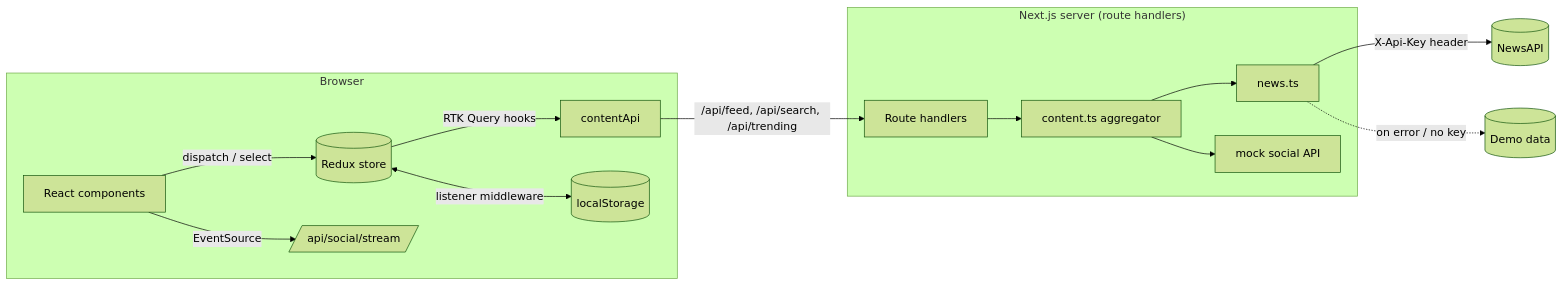
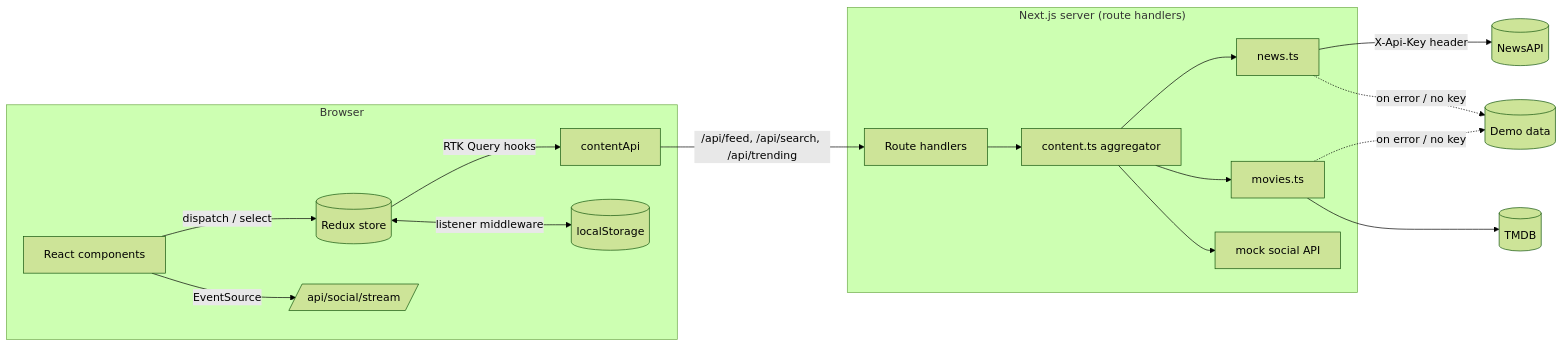
The diagram in README.md (VaibhavInAction/assiment), drawn with Mermaid (forest theme) before and after one commit. The commit also changed other lines of this file and 43 other files, not shown here.

````diff
--- a/README.md
+++ b/README.md
@@ -148,20 +149,23 @@
 ```mermaid
 flowchart LR
   subgraph Browser
     UI[React components] -->|dispatch / select| Store[(Redux store)]
     Store -->|RTK Query hooks| RTKQ[contentApi]
     Store <-->|listener middleware| LS[(localStorage)]
     UI -->|EventSource| SSE
   end
 
   subgraph "Next.js server (route handlers)"
     RTKQ -->|/api/feed, /api/search, /api/trending| Routes[Route handlers]
     SSE[/api/social/stream/]
     Routes --> Agg[content.ts aggregator]
     Agg --> News[news.ts]
+    Agg --> Movies[movies.ts]
     Agg --> Social[mock social API]
   end
 
   News -->|X-Api-Key header| NewsAPI[(NewsAPI)]
+  Movies --> TMDB[(TMDB)]
   News -. on error / no key .-> Demo[(Demo data)]
+  Movies -. on error / no key .-> Demo
 ```
````
